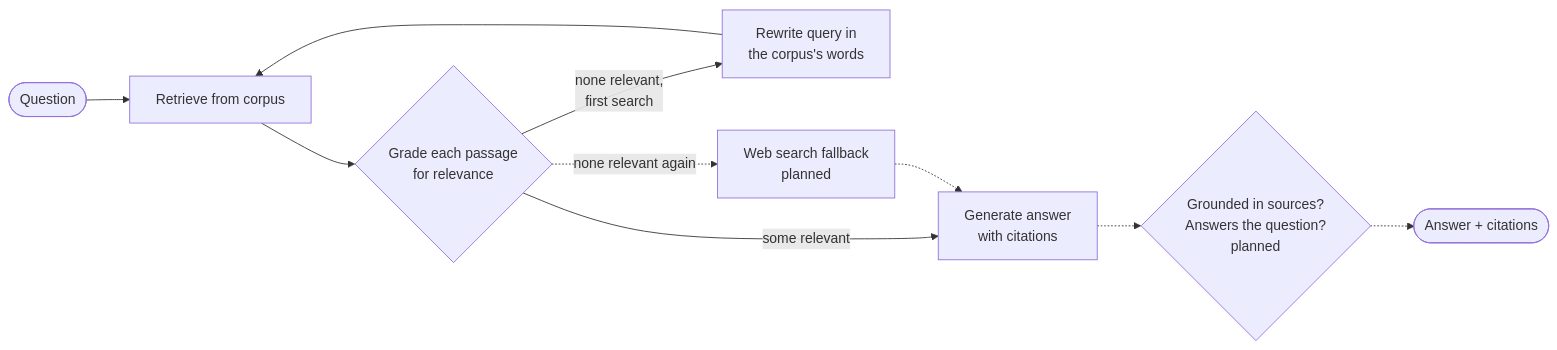
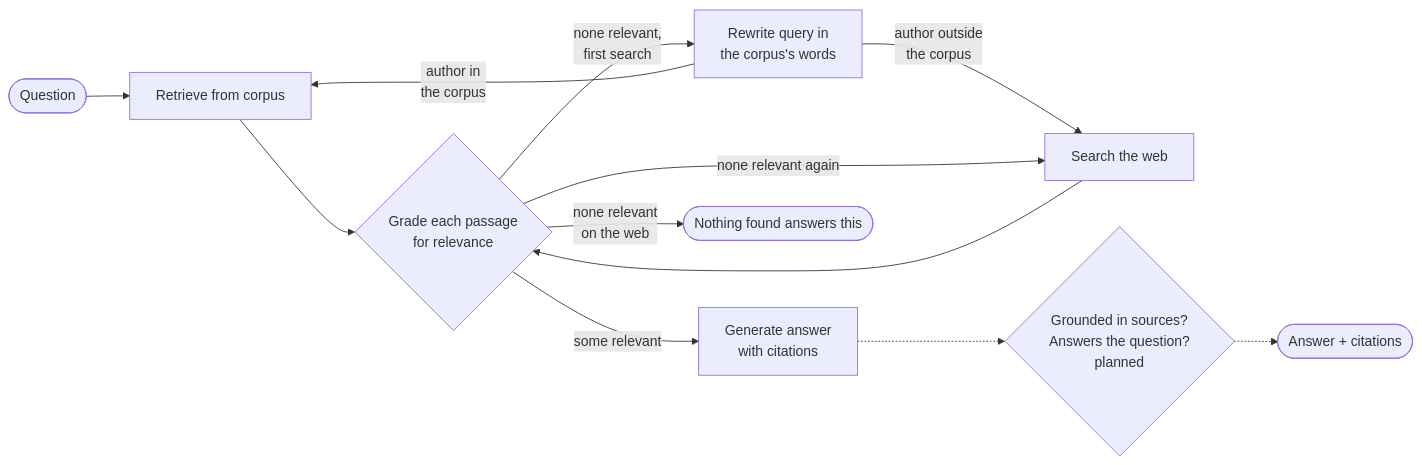
Before and after one commit to arkarapetyan/aporia-rag: the diagram in README.md, drawn with Mermaid. The commit also changed other lines of this file and 24 other files, not shown here.

Commit message:
feat: web fallback (ddgs); outside authors skip the second corpus search

````diff
--- a/README.md
+++ b/README.md
@@ -24,12 +24,14 @@
 ```mermaid
 flowchart LR
     Q([Question]) --> R[Retrieve from corpus]
     R --> GD{Grade each passage<br/>for relevance}
     GD -- some relevant --> GEN[Generate answer<br/>with citations]
     GD -- none relevant,<br/>first search --> RW[Rewrite query in<br/>the corpus's words]
-    RW --> R
-    GD -. none relevant again .-> WS[Web search fallback<br/>planned]
-    WS -.-> GEN
+    RW -- author in<br/>the corpus --> R
+    RW -- author outside<br/>the corpus --> WS[Search the web]
+    GD -- none relevant again --> WS
+    WS --> GD
+    GD -- none relevant<br/>on the web --> N([Nothing found answers this])
     GEN -.-> V{Grounded in sources?<br/>Answers the question?<br/>planned}
     V -.-> A([Answer + citations])
 ```
````
